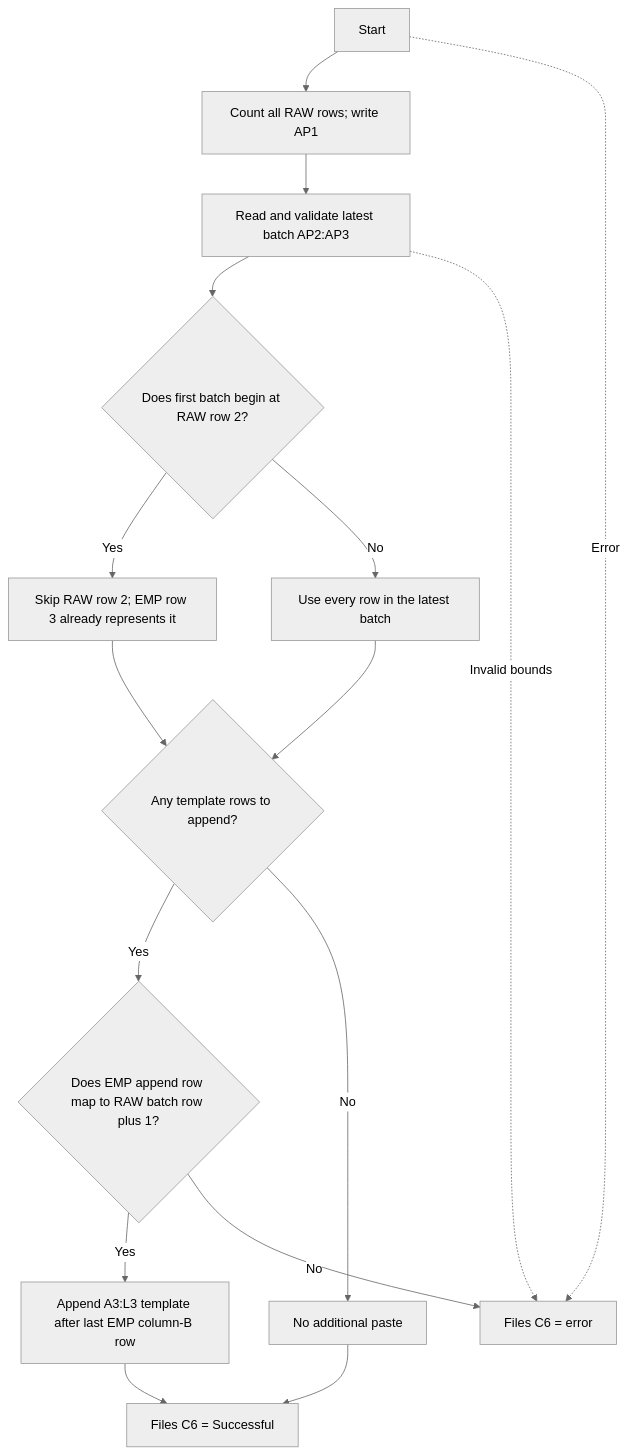
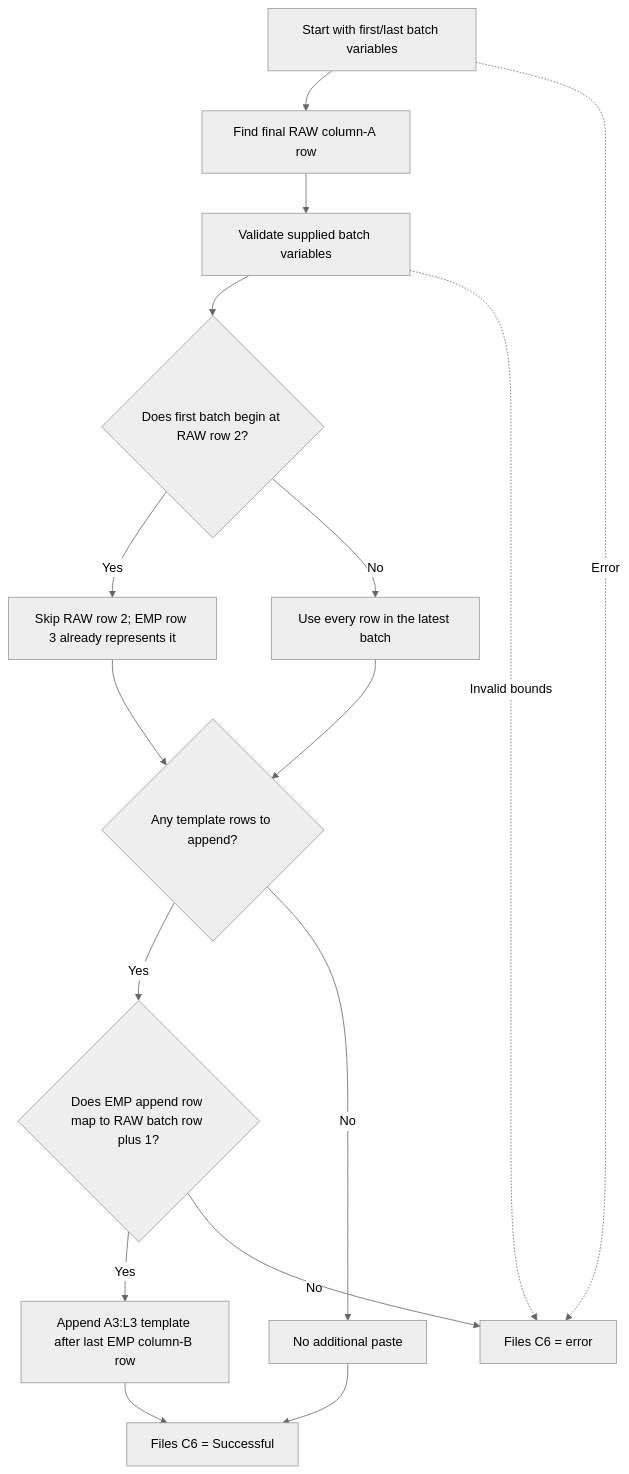
One commit to moonstarph23/Common-Script changed the seventh of 15 diagrams in Other Comps/VBA_DOCUMENTATION.md. Above: the diagram before and after it, drawn with Mermaid (neutral theme). The commit also changed other lines of this file and 8 other files, not shown here.

Commit message:
Pass RAW batch bounds through variables

````diff
--- a/Other Comps/VBA_DOCUMENTATION.md
+++ b/Other Comps/VBA_DOCUMENTATION.md
@@ -457,18 +457,18 @@
 ```mermaid
 flowchart TD
-    A["Start"] --> B["Count all RAW rows; write AP1"]
-    B --> C["Read and validate latest batch AP2:AP3"]
+    A["Start with first/last batch variables"] --> B["Find final RAW column-A row"]
+    B --> C["Validate supplied batch variables"]
     C --> D{"Does first batch begin at RAW row 2?"}
     D -- "Yes" --> E["Skip RAW row 2; EMP row 3 already represents it"]
     D -- "No" --> F["Use every row in the latest batch"]
     E --> G{"Any template rows to append?"}
     F --> G
     G -- "Yes" --> H{"Does EMP append row map to RAW batch row plus 1?"}
     G -- "No" --> I["No additional paste"]
     H -- "Yes" --> K["Append A3:L3 template after last EMP column-B row"]
     H -- "No" --> X["Files C6 = out-of-sync error"]
     K --> J["Files C6 = Successful"]
     I --> J
     A -. "Error" .-> X["Files C6 = error"]
     C -. "Invalid bounds" .-> X
 ```
````
